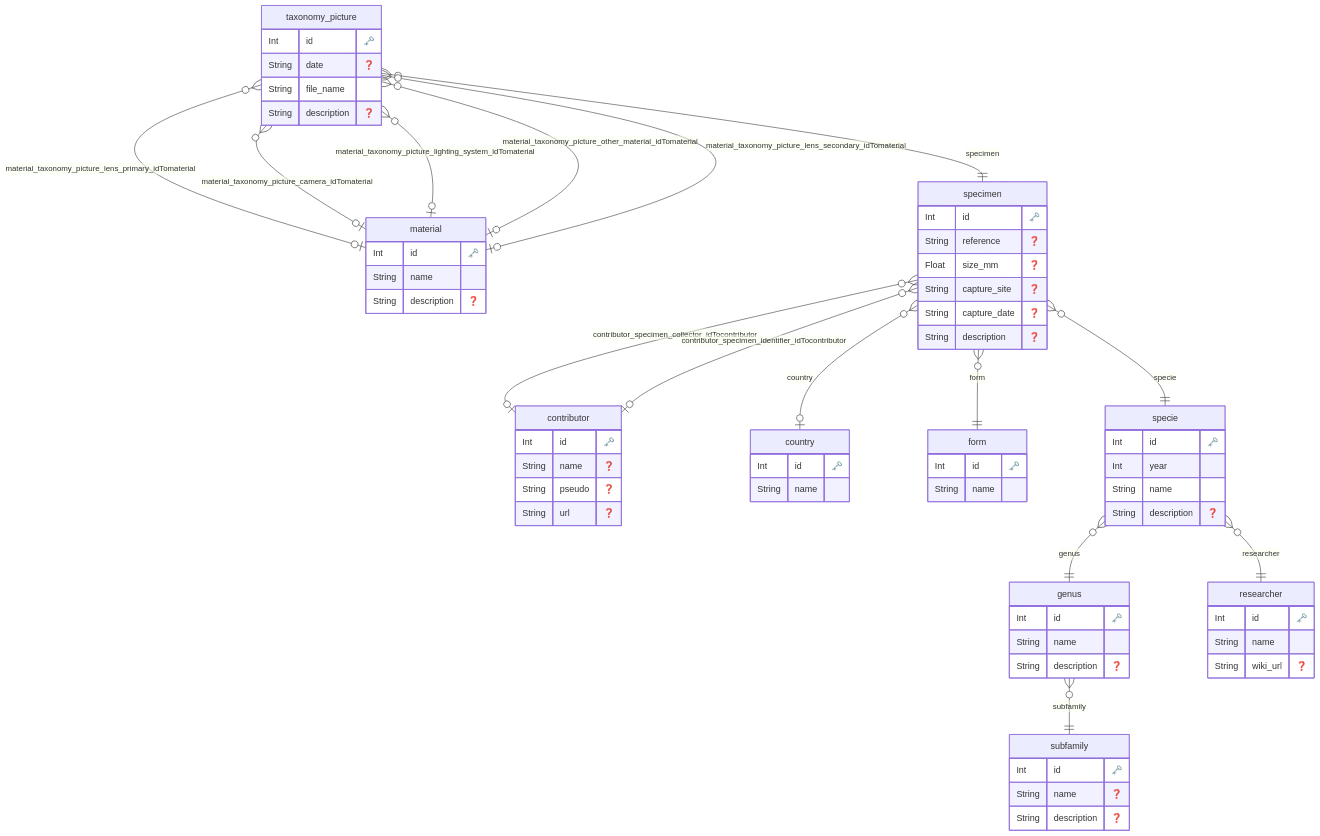
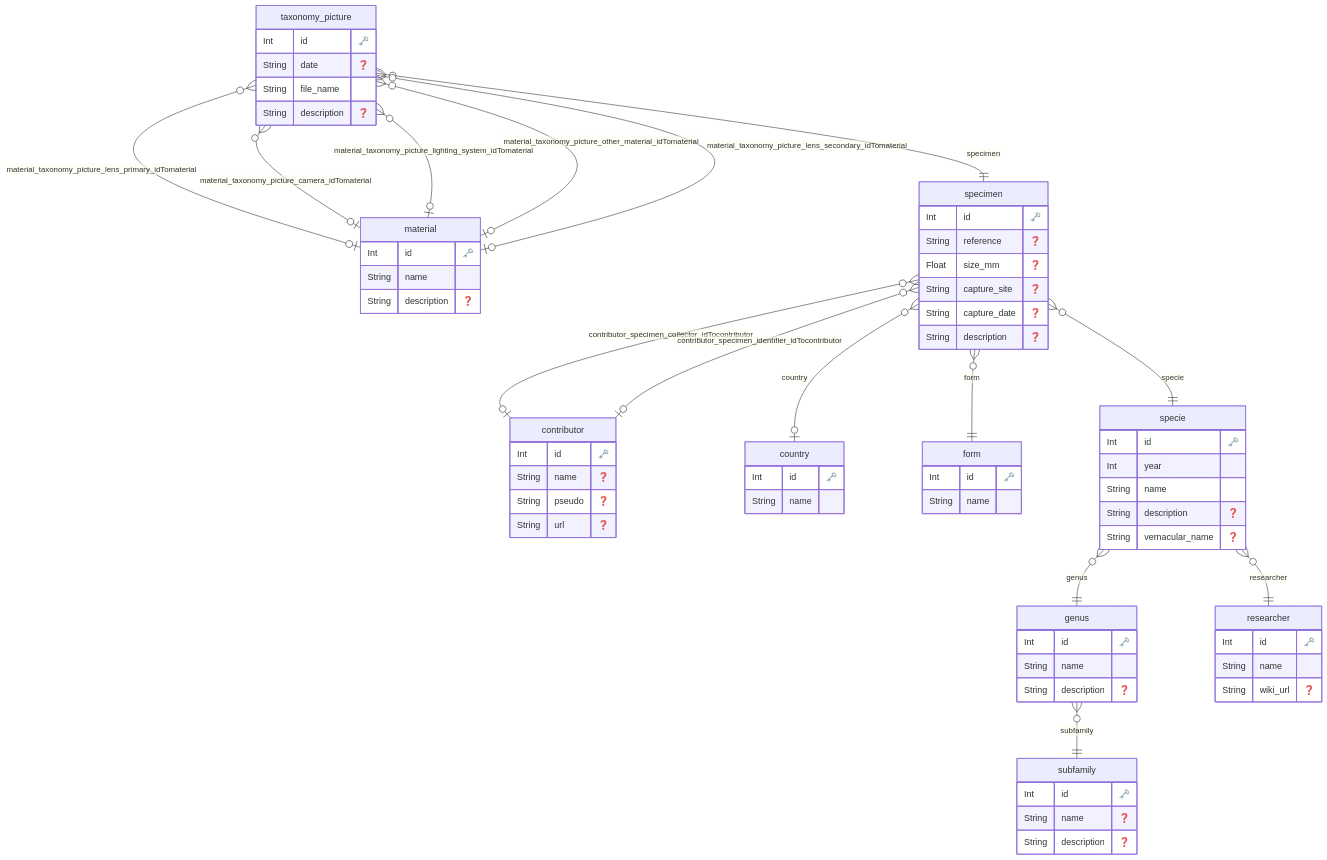
The diagram in prisma/ERD.md (Cedric-ruiu/myrmecophoto-vue), drawn with Mermaid before and after one commit. The commit also changed 6 other files, not shown here.

Commit message:
feat(seo): add vernacular name and show taxon description

```diff
--- a/prisma/ERD.md
+++ b/prisma/ERD.md
@@ -47,6 +47,7 @@
     Int year 
     String name 
     String description "❓"
+    String vernacular_name "❓"
     }
   
 
```
